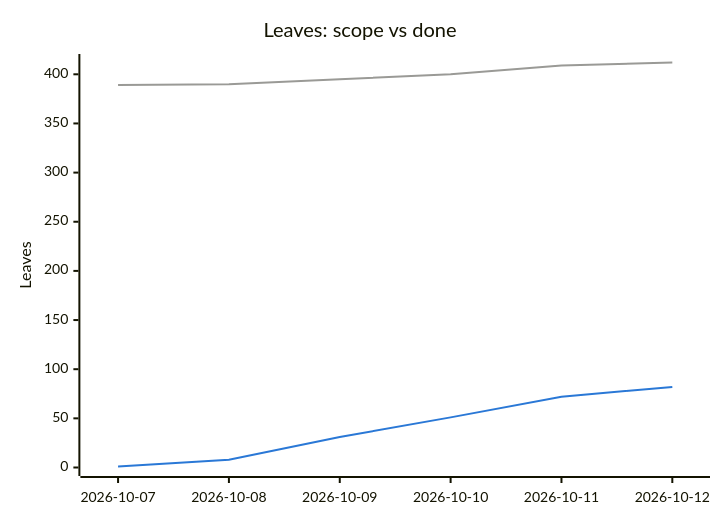
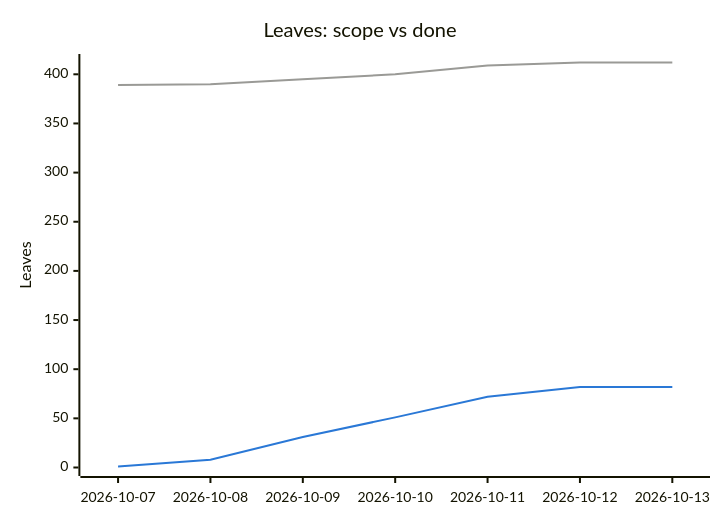
Before and after one commit to tomiok/persiaDB: the second of 2 diagrams in PROGRESS.md, drawn with Mermaid. The commit also changed other lines of this file and 2 other files, not shown here.

Commit message:
chore(roadmap): start 2.2 (in-memory backend, fault injection, conformance suite)

````diff
--- a/PROGRESS.md
+++ b/PROGRESS.md
@@ -105,14 +109,14 @@
 ```mermaid
 ---
 config:
   themeVariables:
     xyChart:
       plotColorPalette: "#9a9a96, #2a78d6"
 ---
 xychart-beta
   title "Leaves: scope vs done"
-  x-axis ["2026-10-07", "2026-10-08", "2026-10-09", "2026-10-10", "2026-10-11", "2026-10-12"]
+  x-axis ["2026-10-07", "2026-10-08", "2026-10-09", "2026-10-10", "2026-10-11", "2026-10-12", "2026-10-13"]
   y-axis "Leaves" 0 --> 412
-  line [389, 390, 395, 400, 409, 412]
-  line [1, 8, 31, 51, 72, 82]
+  line [389, 390, 395, 400, 409, 412, 412]
+  line [1, 8, 31, 51, 72, 82, 82]
 ```
````
